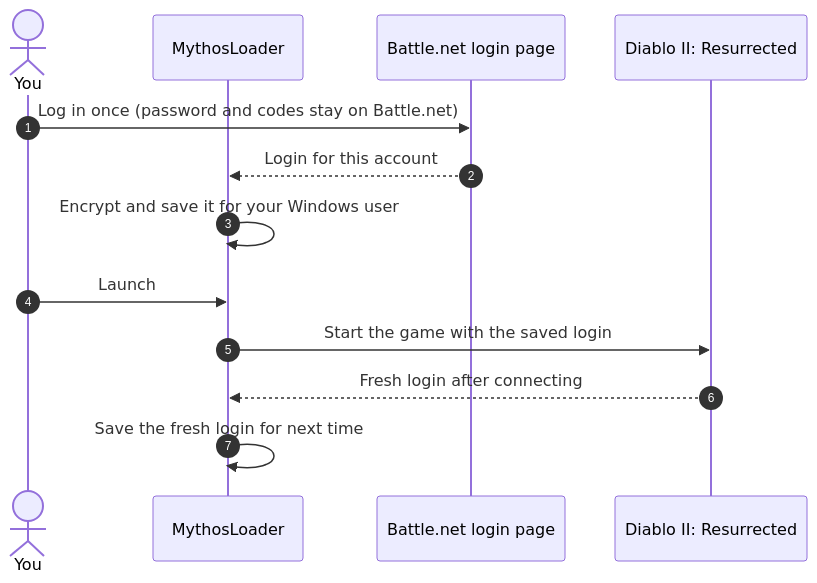
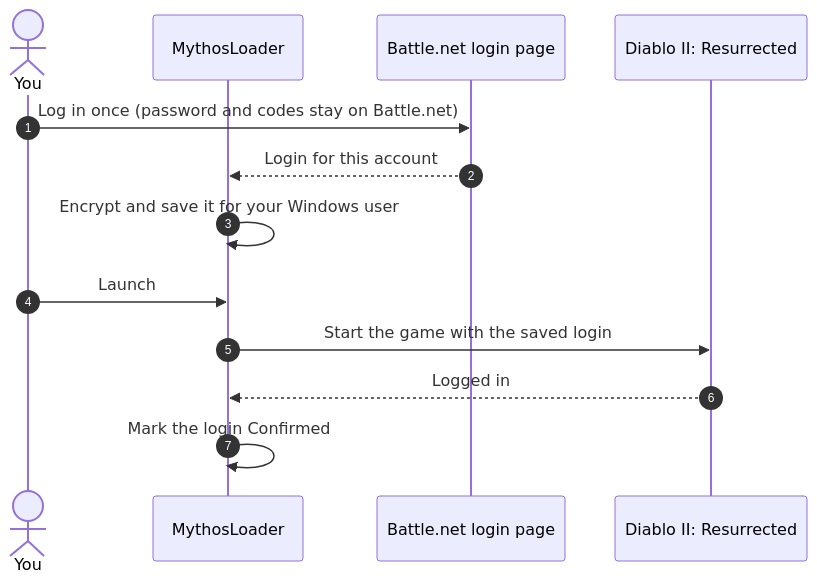
The diagram in README.md (d2r-mythos/MythosLoader), drawn with Mermaid before and after one commit. The commit also changed other lines of this file and 1 other file, not shown here.

Commit message:
MythosLoader 1.1.3: LOGIN and STATUS say what is true

````diff
--- a/README.md
+++ b/README.md
@@ -331,15 +331,15 @@
 ```mermaid
 sequenceDiagram
     autonumber
     actor You
     participant ML as MythosLoader
     participant BN as Battle.net login page
     participant D2R as Diablo II: Resurrected
     You->>BN: Log in once (password and codes stay on Battle.net)
     BN-->>ML: Login for this account
     ML->>ML: Encrypt and save it for your Windows user
     You->>ML: Launch
     ML->>D2R: Start the game with the saved login
-    D2R-->>ML: Fresh login after connecting
-    ML->>ML: Save the fresh login for next time
+    D2R-->>ML: Logged in
+    ML->>ML: Mark the login Confirmed
 ```
````
